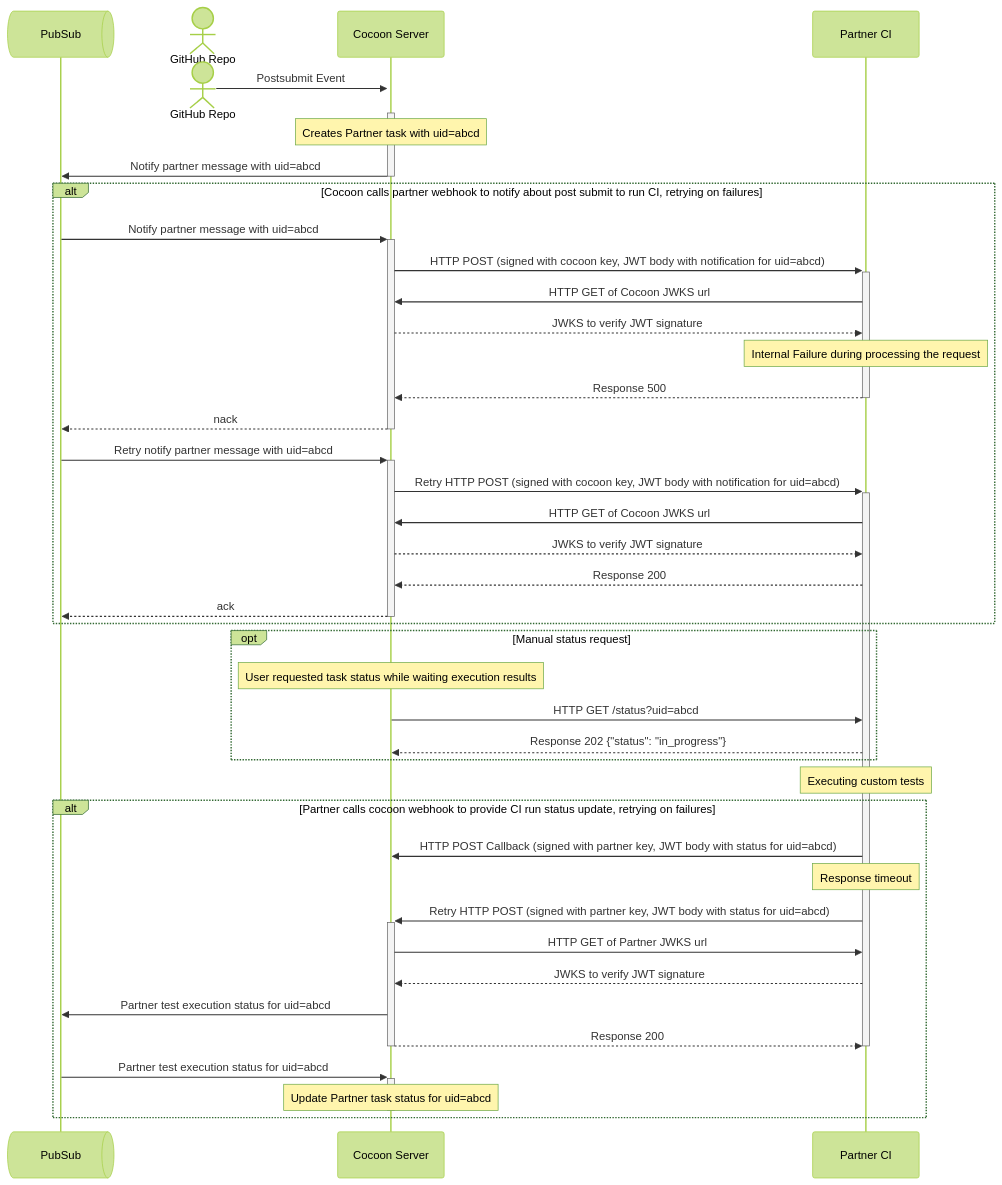
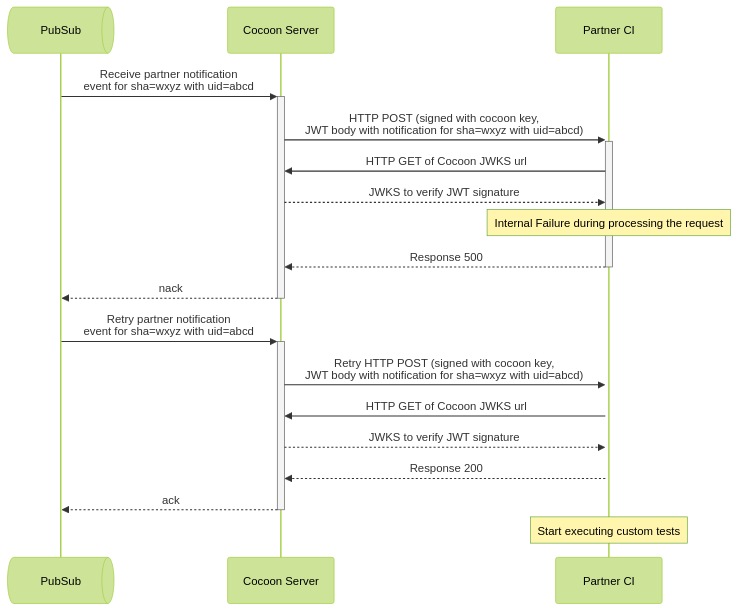
Before and after one commit to flutter/rfc: the third of 8 diagrams in rfc/610.0000-flutter-pluggable-ci.md, drawn with Mermaid (forest theme). The commit also changed other lines of this file, not shown here.

Commit message:
respond to all codefu comments. split flow diagram to multiple logical parts

````diff
--- a/rfc/610.0000-flutter-pluggable-ci.md
+++ b/rfc/610.0000-flutter-pluggable-ci.md
@@ -94,52 +106,22 @@
 ```mermaid
 sequenceDiagram
     participant PubSub@{"type":"queue"}
-    actor GitHub as GitHub Repo
     participant Cocoon as Cocoon Server
     participant Partner as Partner CI
-    destroy GitHub
-    GitHub->>+Cocoon: Postsubmit Event
-    Note over Cocoon: Creates Partner task with uid=abcd
-    Cocoon->>-PubSub: Notify partner message with uid=abcd
 
-    alt Cocoon calls partner webhook to notify about post submit to run CI, retrying on failures
-        PubSub->>+Cocoon: Notify partner message with uid=abcd
-        Cocoon->>+Partner: HTTP POST (signed with cocoon key, JWT body with notification for uid=abcd)
-        Partner->>Cocoon: HTTP GET of Cocoon JWKS url
-        Cocoon-->>Partner: JWKS to verify JWT signature
-        Note over Partner: Internal Failure during processing the request
-        Partner-->>-Cocoon: Response 500
-        Cocoon-->>-PubSub: nack
+    PubSub->>+Cocoon: Receive partner notification<br/>event for sha=wxyz with uid=abcd
+    Cocoon->>+Partner: HTTP POST (signed with cocoon key,<br/>JWT body with notification for sha=wxyz with uid=abcd)
+    Partner->>Cocoon: HTTP GET of Cocoon JWKS url
+    Cocoon-->>Partner: JWKS to verify JWT signature
+    Note over Partner: Internal Failure during processing the request
+    Partner-->>-Cocoon: Response 500
+    Cocoon-->>-PubSub: nack
 
-        PubSub->>+Cocoon: Retry notify partner message with uid=abcd
-        Cocoon->>+Partner: Retry HTTP POST (signed with cocoon key, JWT body with notification for uid=abcd)
-        Partner->>Cocoon: HTTP GET of Cocoon JWKS url
-        Cocoon-->>Partner: JWKS to verify JWT signature
-        Partner-->>Cocoon: Response 200
-        Cocoon-->>-PubSub: ack
-    end
-
-    opt Manual status request
-        Note over Cocoon: User requested task status while waiting execution results
-        Cocoon->>Partner: HTTP GET /status?uid=abcd
-        Partner-->>Cocoon: Response 202 {"status": "in_progress"}
-    end
-
-    Note over Partner: Executing custom tests
-
-    alt Partner calls cocoon webhook to provide CI run status update, retrying on failures
-        Partner->>Cocoon: HTTP POST Callback (signed with partner key, JWT body with status for uid=abcd)
-        Note over Partner: Response timeout
-
-        Partner->>+Cocoon: Retry HTTP POST (signed with partner key, JWT body with status for uid=abcd)
-        Cocoon->>Partner: HTTP GET of Partner JWKS url
-        Partner-->>Cocoon: JWKS to verify JWT signature
-        Cocoon->>PubSub: Partner test execution status for uid=abcd
-        Cocoon-->>-Partner: Response 200
-        deactivate Partner
-
-        PubSub->>+Cocoon: Partner test execution status for uid=abcd
-        Note over Cocoon: Update Partner task status for uid=abcd
-        deactivate Cocoon
-    end
+    PubSub->>+Cocoon: Retry partner notification<br/>event for sha=wxyz with uid=abcd
+    Cocoon->>+Partner: Retry HTTP POST (signed with cocoon key,<br/>JWT body with notification for sha=wxyz with uid=abcd)
+    Partner->>Cocoon: HTTP GET of Cocoon JWKS url
+    Cocoon-->>Partner: JWKS to verify JWT signature
+    Partner-->>Cocoon: Response 200
+    Cocoon-->>-PubSub: ack
+    Note over Partner: Start executing custom tests
 ```
````
